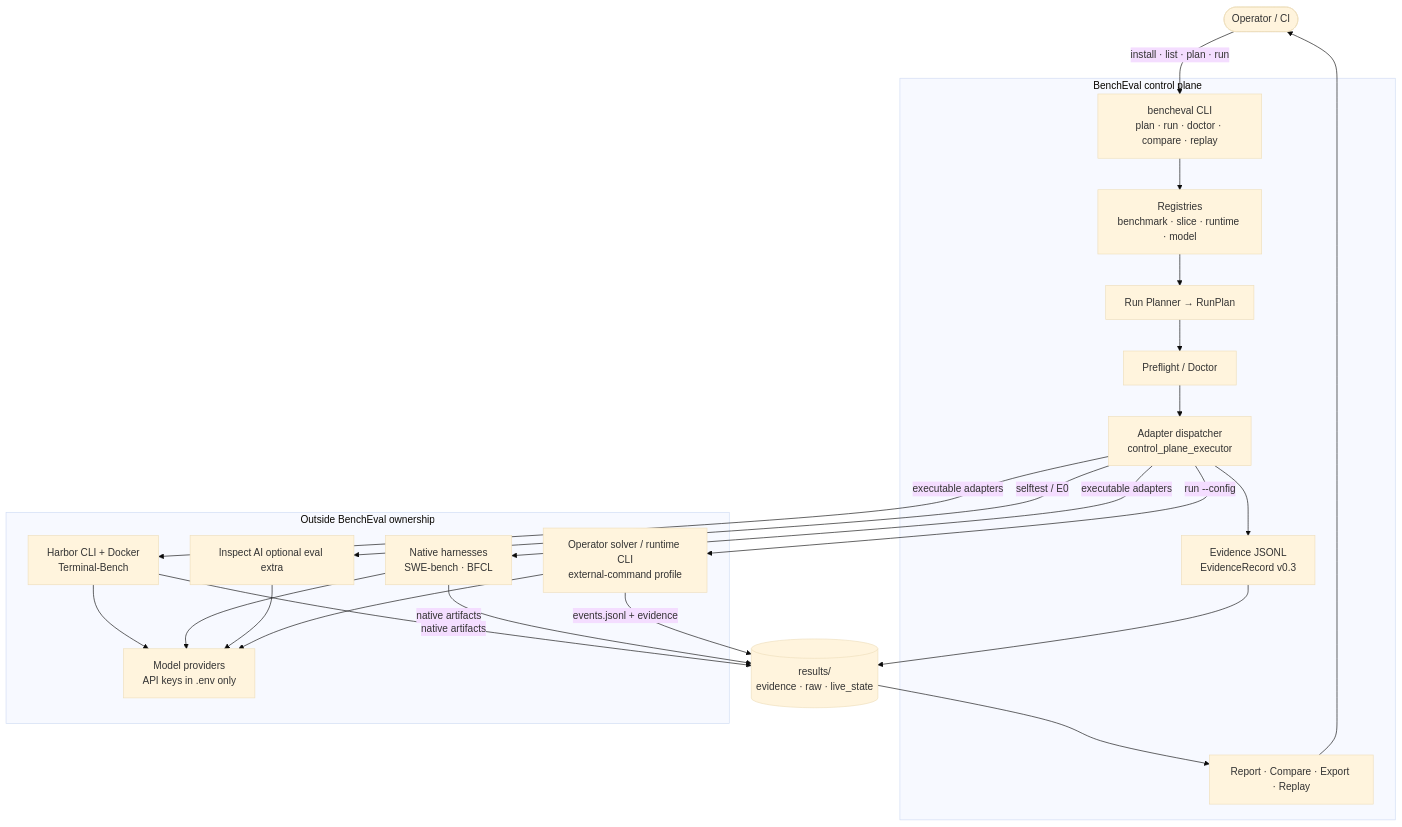
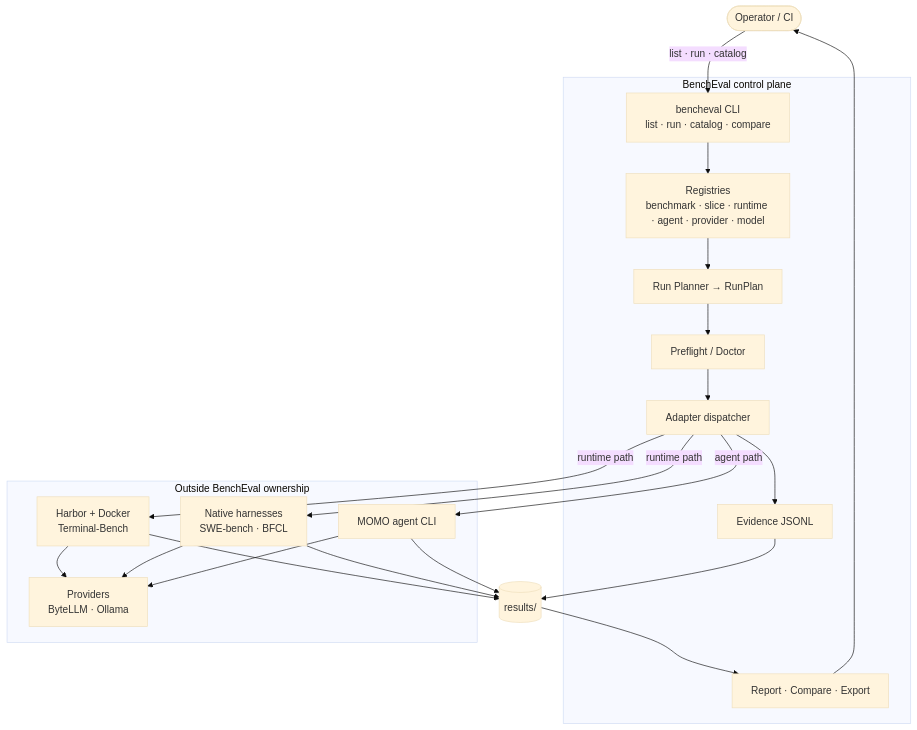
The diagram in docs/diagrams/system-overview.md (Lyther/BenchEval), drawn with Mermaid (base theme) before and after one commit. The commit also changed other lines of this file and 323 other files, not shown here.

First line of the commit message:
feat(control-plane): prune to admitted product spine

````diff
--- a/docs/diagrams/system-overview.md
+++ b/docs/diagrams/system-overview.md
@@ -5,45 +5,42 @@
 ```mermaid
 flowchart TB
     Op([Operator / CI])
 
     subgraph BE["BenchEval control plane"]
-        CLI["bencheval CLI<br/>plan · run · doctor · compare · replay"]
-        Reg["Registries<br/>benchmark · slice · runtime · model"]
+        CLI["bencheval CLI<br/>list · run · catalog · compare"]
+        Reg["Registries<br/>benchmark · slice · runtime · agent · provider · model"]
         Plan["Run Planner → RunPlan"]
         Doc["Preflight / Doctor"]
-        Disp["Adapter dispatcher<br/>control_plane_executor"]
-        Ev["Evidence JSONL<br/>EvidenceRecord v0.3"]
-        Out["Report · Compare · Export · Replay"]
+        Disp["Adapter dispatcher"]
+        Ev["Evidence JSONL"]
+        Out["Report · Compare · Export"]
     end
 
     subgraph Ext["Outside BenchEval ownership"]
-        Harbor["Harbor CLI + Docker<br/>Terminal-Bench"]
+        Harbor["Harbor + Docker<br/>Terminal-Bench"]
         Native["Native harnesses<br/>SWE-bench · BFCL"]
-        Inspect["Inspect AI optional eval extra"]
-        Solver["Operator solver / runtime CLI<br/>external-command profile"]
-        LLM["Model providers<br/>API keys in .env only"]
+        MOMO["MOMO agent CLI"]
+        LLM["Providers<br/>ByteLLM · Ollama"]
     end
 
-    Art[(results/<br/>evidence · raw · live_state)]
+    Art[(results/)]
 
-    Op -->|install · list · plan · run| CLI
+    Op -->|list · run · catalog| CLI
     CLI --> Reg
     Reg --> Plan
     Plan --> Doc
     Doc --> Disp
-    Disp -->|executable adapters| Harbor
-    Disp -->|executable adapters| Native
-    Disp -->|selftest / E0| Inspect
-    Disp -->|run --config| Solver
+    Disp -->|runtime path| Harbor
+    Disp -->|runtime path| Native
+    Disp -->|agent path| MOMO
     Harbor --> LLM
     Native --> LLM
-    Inspect --> LLM
-    Solver --> LLM
-    Harbor -->|native artifacts| Art
-    Native -->|native artifacts| Art
-    Solver -->|events.jsonl + evidence| Art
+    MOMO --> LLM
+    Harbor --> Art
+    Native --> Art
+    MOMO --> Art
     Disp --> Ev
     Ev --> Art
     Art --> Out
     Out --> Op
 ```
````
